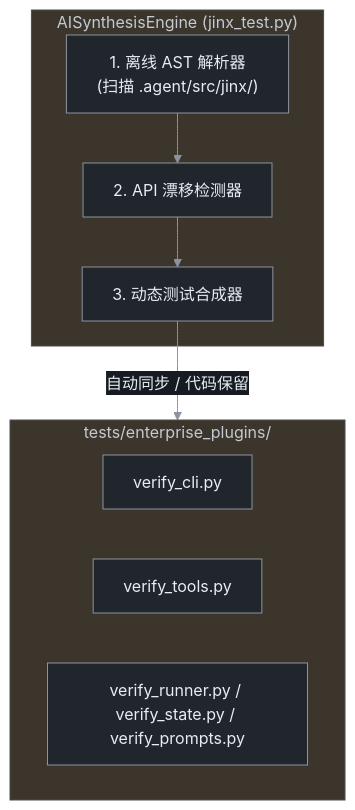
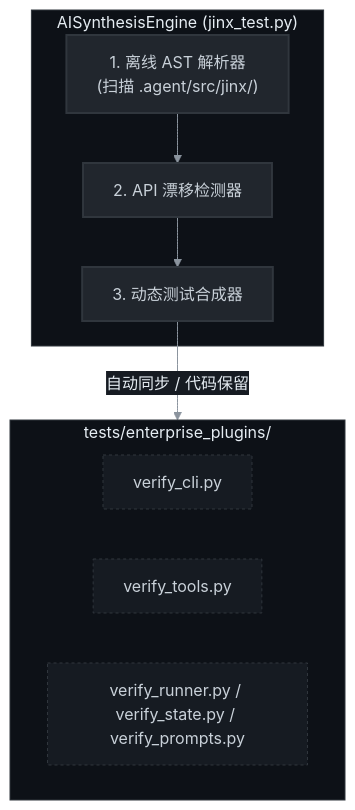
The fifth of 5 diagrams in README_ZH.md (machinegpt/agent), drawn with Mermaid before and after one commit. The commit also changed other lines of this file and 8 other files, not shown here.

````diff
--- a/README_ZH.md
+++ b/README_ZH.md
@@ -483,18 +483,23 @@
 ```mermaid
-%%{init: {'theme': 'base', 'themeVariables': {"darkMode": true, "primaryColor": "#21262d", "primaryTextColor": "#e6edf3", "primaryBorderColor": "#8b949e", "lineColor": "#8b949e", "textColor": "#e6edf3", "edgeLabelBackground": "#161b22", "mainBkg": "#21262d", "nodeBorder": "#8b949e", "nodeTextColor": "#e6edf3"}}}%%
-graph TD
+%%{init: {'theme': 'base', 'themeVariables': {"darkMode": true, "background": "#0d1117", "primaryColor": "#21262d", "primaryTextColor": "#e6edf3", "primaryBorderColor": "#8b949e", "lineColor": "#8b949e", "textColor": "#e6edf3", "edgeLabelBackground": "#161b22", "mainBkg": "#21262d", "nodeBorder": "#8b949e", "nodeTextColor": "#e6edf3"}}}%%
+flowchart TD
+    classDef sub fill:#161b22,stroke:#30363d,stroke-dasharray: 3 3,color:#c9d1d9;
+    classDef standard fill:#21262d,stroke:#30363d,stroke-width:2px,color:#c9d1d9;
+
     subgraph Engine["AISynthesisEngine (jinx_test.py)"]
-        AST["1. 离线 AST 解析器<br/>(扫描 .agent/src/jinx/)"]
-        DIFF["2. API 漂移检测器"]
-        GEN["3. 动态测试合成器"]
+        AST["1. 离线 AST 解析器<br/>(扫描 .agent/src/jinx/)"]:::standard
+        DIFF["2. API 漂移检测器"]:::standard
+        GEN["3. 动态测试合成器"]:::standard
         AST --> DIFF --> GEN
     end
+    style Engine fill:#0d1117,stroke:#30363d,color:#e6edf3
 
     subgraph Plugins["tests/enterprise_plugins/"]
-        V_CLI["verify_cli.py"]
-        V_TOOLS["verify_tools.py"]
-        V_OTHER["verify_runner.py / verify_state.py / verify_prompts.py"]
+        V_CLI["verify_cli.py"]:::sub
+        V_TOOLS["verify_tools.py"]:::sub
+        V_OTHER["verify_runner.py / verify_state.py / verify_prompts.py"]:::sub
     end
+    style Plugins fill:#0d1117,stroke:#30363d,color:#e6edf3
 
     GEN -->|"自动同步 / 代码保留"| Plugins
 ```
````
